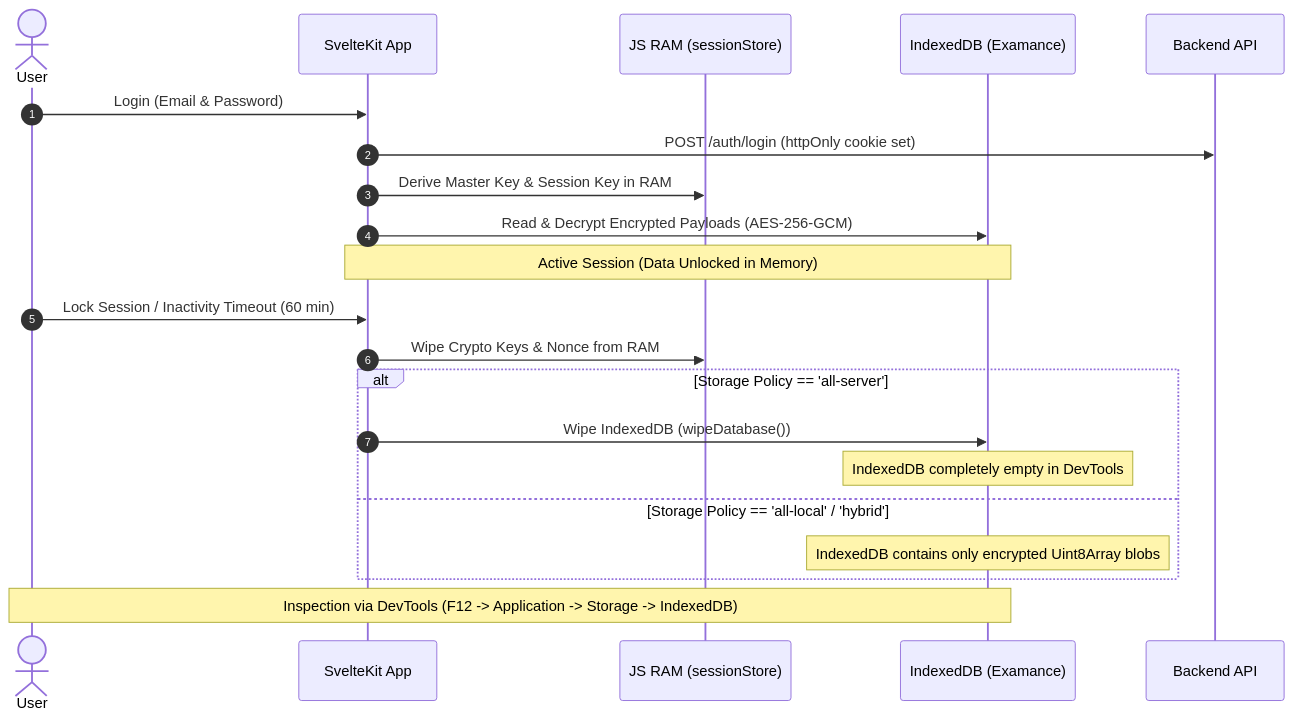
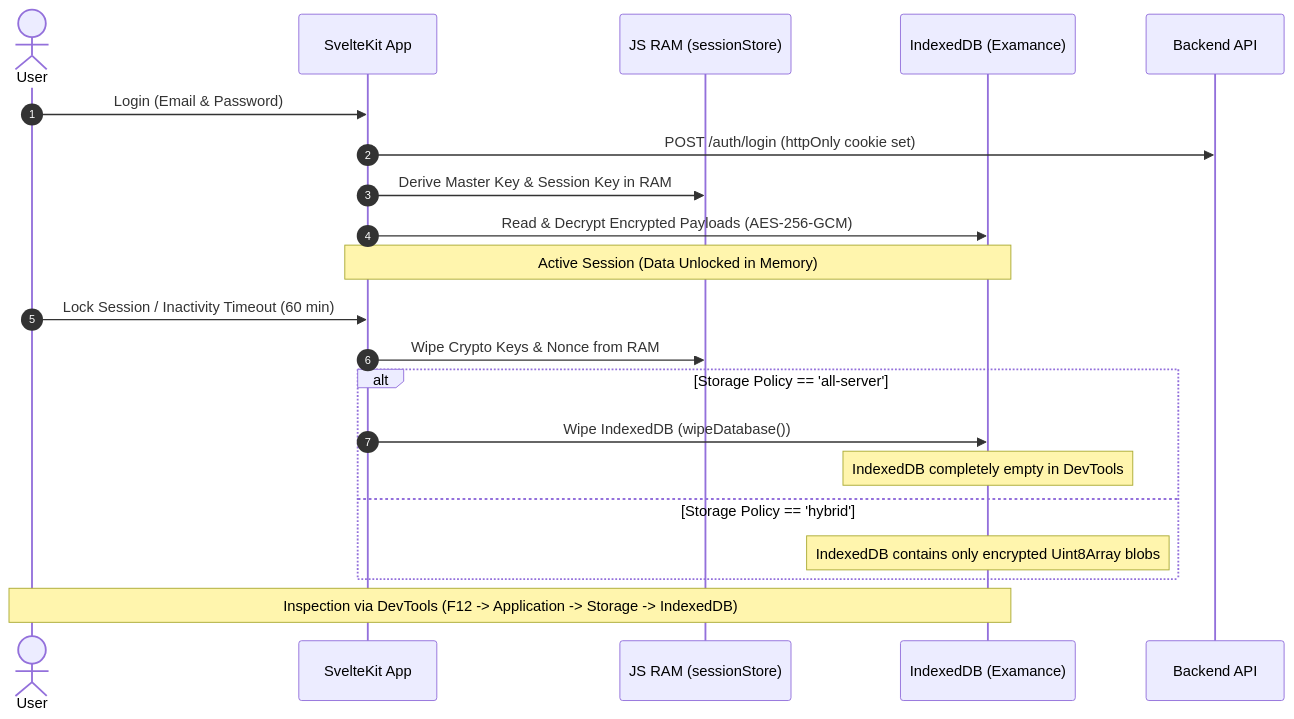
One commit to ValentinHerrmann/Examance changed the second of 3 diagrams in docs/data_flow_and_security.md. Above: the diagram before and after it, drawn with Mermaid. The commit also changed other lines of this file and 3 other files, not shown here.

````diff
--- a/docs/data_flow_and_security.md
+++ b/docs/data_flow_and_security.md
@@ -322,27 +326,27 @@
 ```mermaid
 sequenceDiagram
     autonumber
     actor User
     participant Page as SvelteKit App
     participant Memory as JS RAM (sessionStore)
     participant IDB as IndexedDB (Examance)
     participant Server as Backend API
 
     User->>Page: Login (Email & Password)
     Page->>Server: POST /auth/login (httpOnly cookie set)
     Page->>Memory: Derive Master Key & Session Key in RAM
     Page->>IDB: Read & Decrypt Encrypted Payloads (AES-256-GCM)
 
     Note over Page,IDB: Active Session (Data Unlocked in Memory)
 
     User->>Page: Lock Session / Inactivity Timeout (60 min)
     Page->>Memory: Wipe Crypto Keys & Nonce from RAM
     alt Storage Policy == 'all-server'
         Page->>IDB: Wipe IndexedDB (wipeDatabase())
         Note over IDB: IndexedDB completely empty in DevTools
-    else Storage Policy == 'all-local' / 'hybrid'
+    else Storage Policy == 'hybrid'
         Note over IDB: IndexedDB contains only encrypted Uint8Array blobs
     end
 
     Note over User,IDB: Inspection via DevTools (F12 -> Application -> Storage -> IndexedDB)
 ```
````
